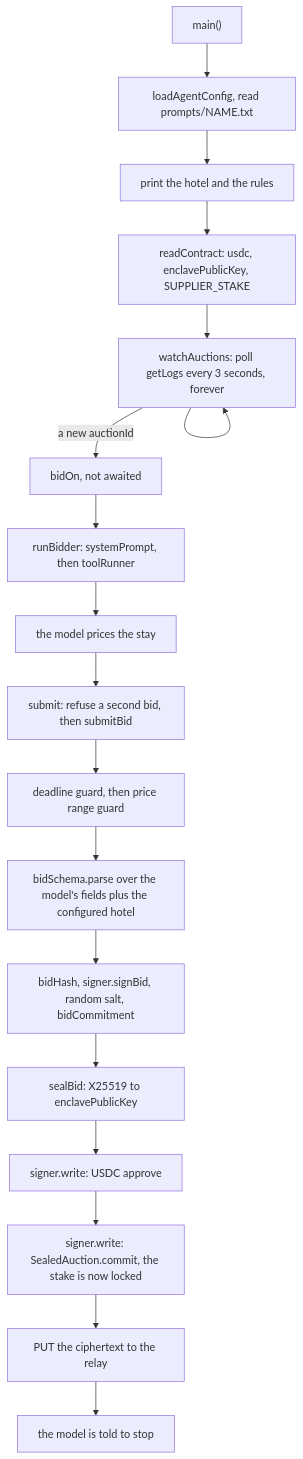
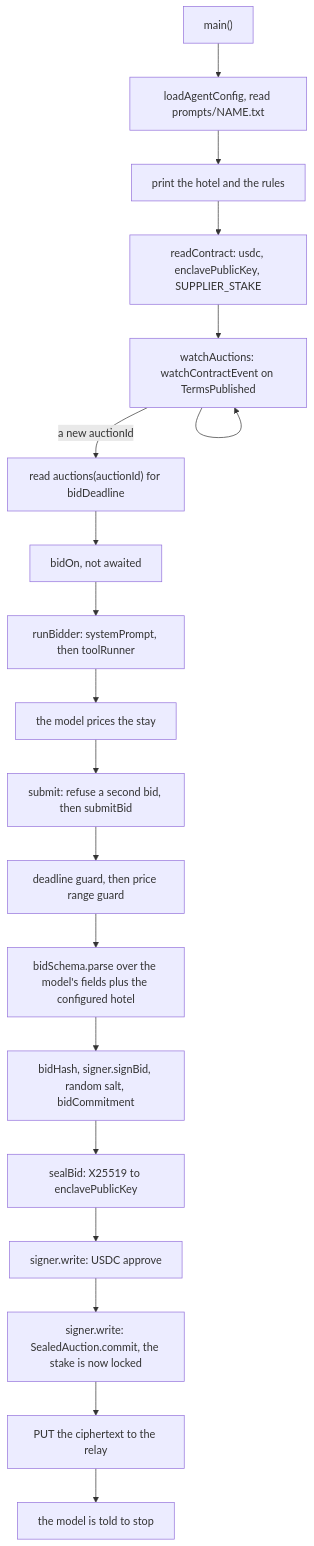
One commit to zguesmi/perdiem changed the diagram in agents/README.md. Above: the diagram before and after it, drawn with Mermaid. The commit also changed other lines of this file and 12 other files, not shown here.

First line of the commit message:
refactor: listen with viem watchContractEvent over a websocket

````diff
--- a/agents/README.md
+++ b/agents/README.md
@@ -39,22 +39,23 @@
 ```mermaid
 flowchart TD
   main["main()"] --> load["loadAgentConfig, read prompts/NAME.txt"]
   load --> print["print the hotel and the rules"]
   print --> reads["readContract: usdc, enclavePublicKey, SUPPLIER_STAKE"]
-  reads --> watch["watchAuctions: poll getLogs every 3 seconds, forever"]
-  watch -->|"a new auctionId"| bid["bidOn, not awaited"]
+  reads --> watch["watchAuctions: watchContractEvent on TermsPublished"]
+  watch -->|"a new auctionId"| terms["read auctions(auctionId) for bidDeadline"]
+  terms --> bid["bidOn, not awaited"]
   watch --> watch
 
   bid --> run["runBidder: systemPrompt, then toolRunner"]
   run --> model["the model prices the stay"]
   model --> submit["submit: refuse a second bid, then submitBid"]
 
   submit --> g1["deadline guard, then price range guard"]
   g1 --> g2["bidSchema.parse over the model's fields plus the configured hotel"]
   g2 --> g3["bidHash, signer.signBid, random salt, bidCommitment"]
   g3 --> g4["sealBid: X25519 to enclavePublicKey"]
   g4 --> w1["signer.write: USDC approve"]
   w1 --> w2["signer.write: SealedAuction.commit, the stake is now locked"]
   w2 --> post["PUT the ciphertext to the relay"]
   post --> done["the model is told to stop"]
 ```
````
